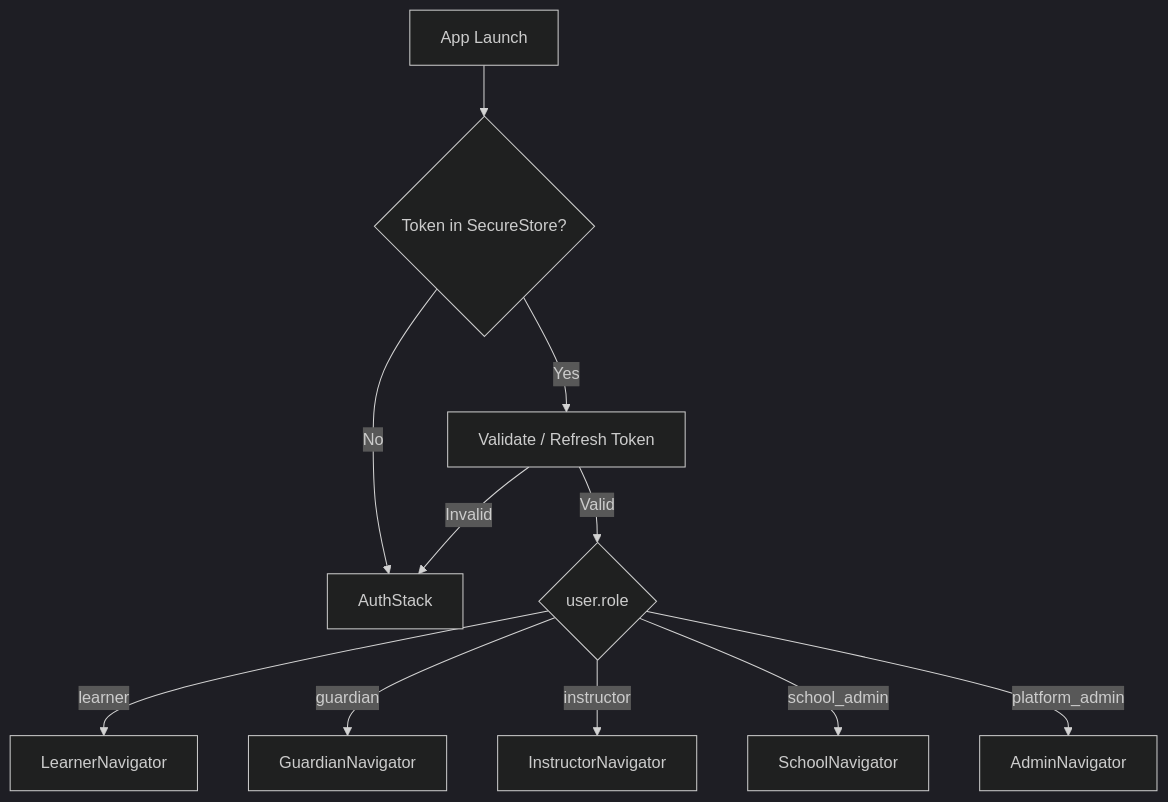
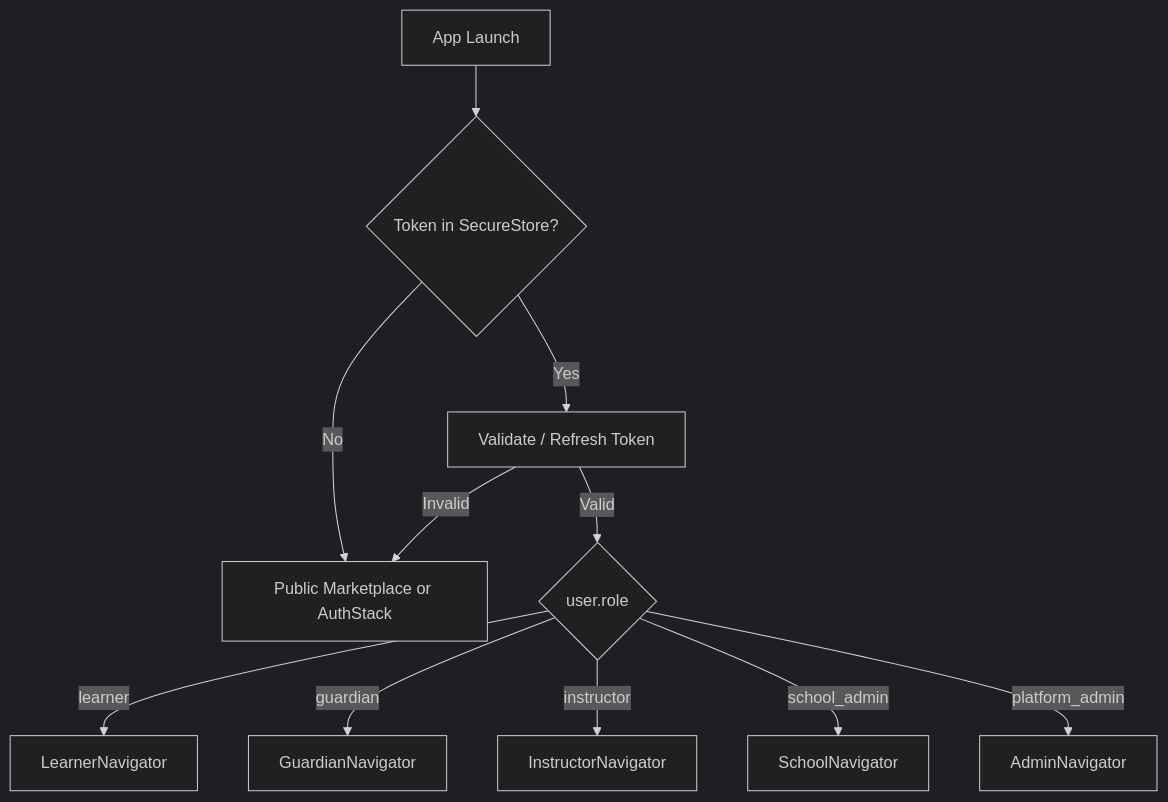
Before and after one commit to learn2driveng/learn2driveng-client: the first of 3 diagrams in docs/architecture.md, drawn with Mermaid (dark theme). The commit also changed other lines of this file and 120 other files, not shown here.

Commit message:
feat(learner): add public marketplace and learner states

````diff
--- a/docs/architecture.md
+++ b/docs/architecture.md
@@ -82,13 +85,13 @@
 ```mermaid
 flowchart TD
     A[App Launch] --> B{Token in SecureStore?}
-    B -->|No| C[AuthStack]
+    B -->|No| C[Public Marketplace or AuthStack]
     B -->|Yes| D[Validate / Refresh Token]
     D -->|Invalid| C
     D -->|Valid| E{user.role}
     E -->|learner| F[LearnerNavigator]
     E -->|guardian| G[GuardianNavigator]
     E -->|instructor| H[InstructorNavigator]
     E -->|school_admin| I[SchoolNavigator]
     E -->|platform_admin| J[AdminNavigator]
 ```
````
